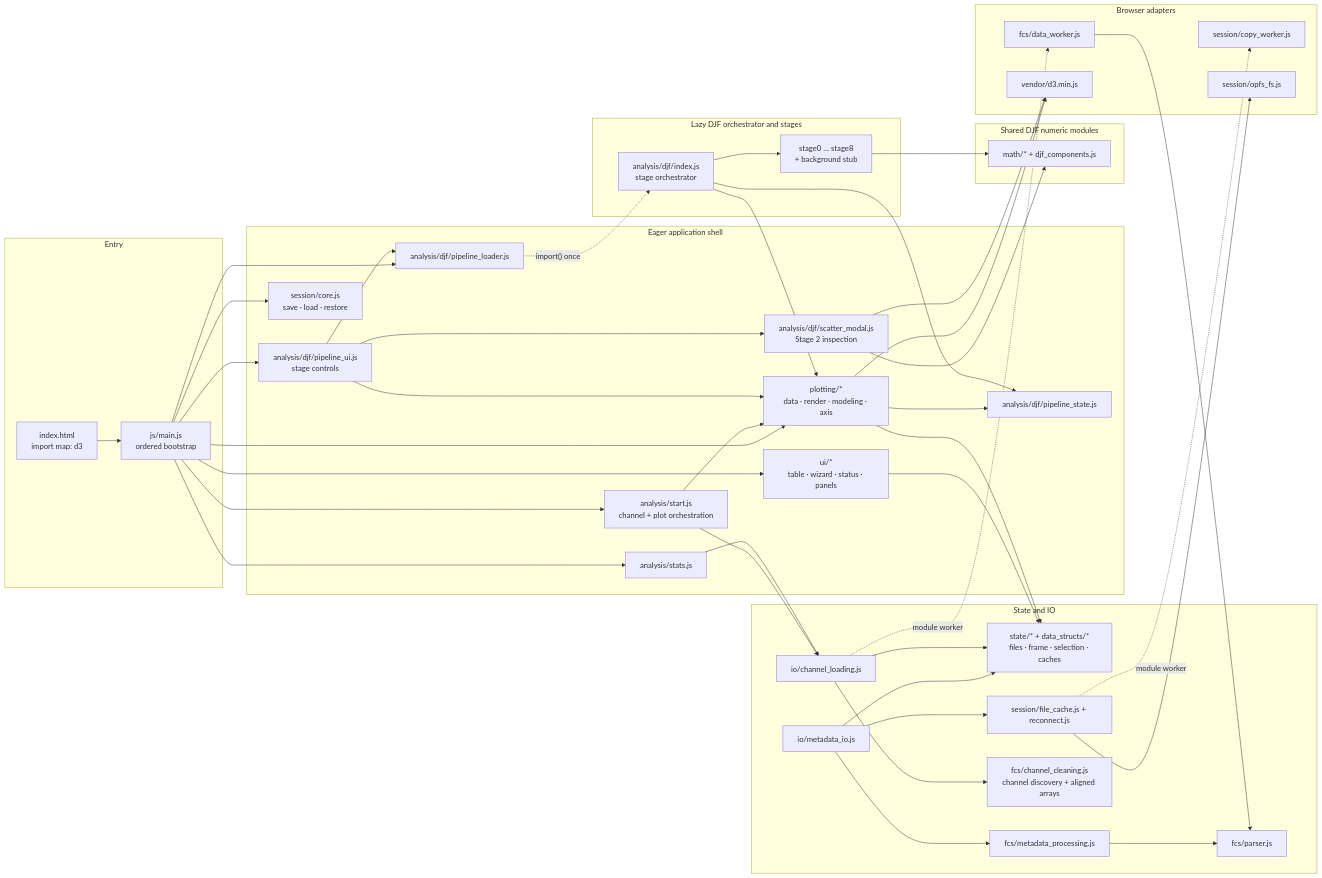
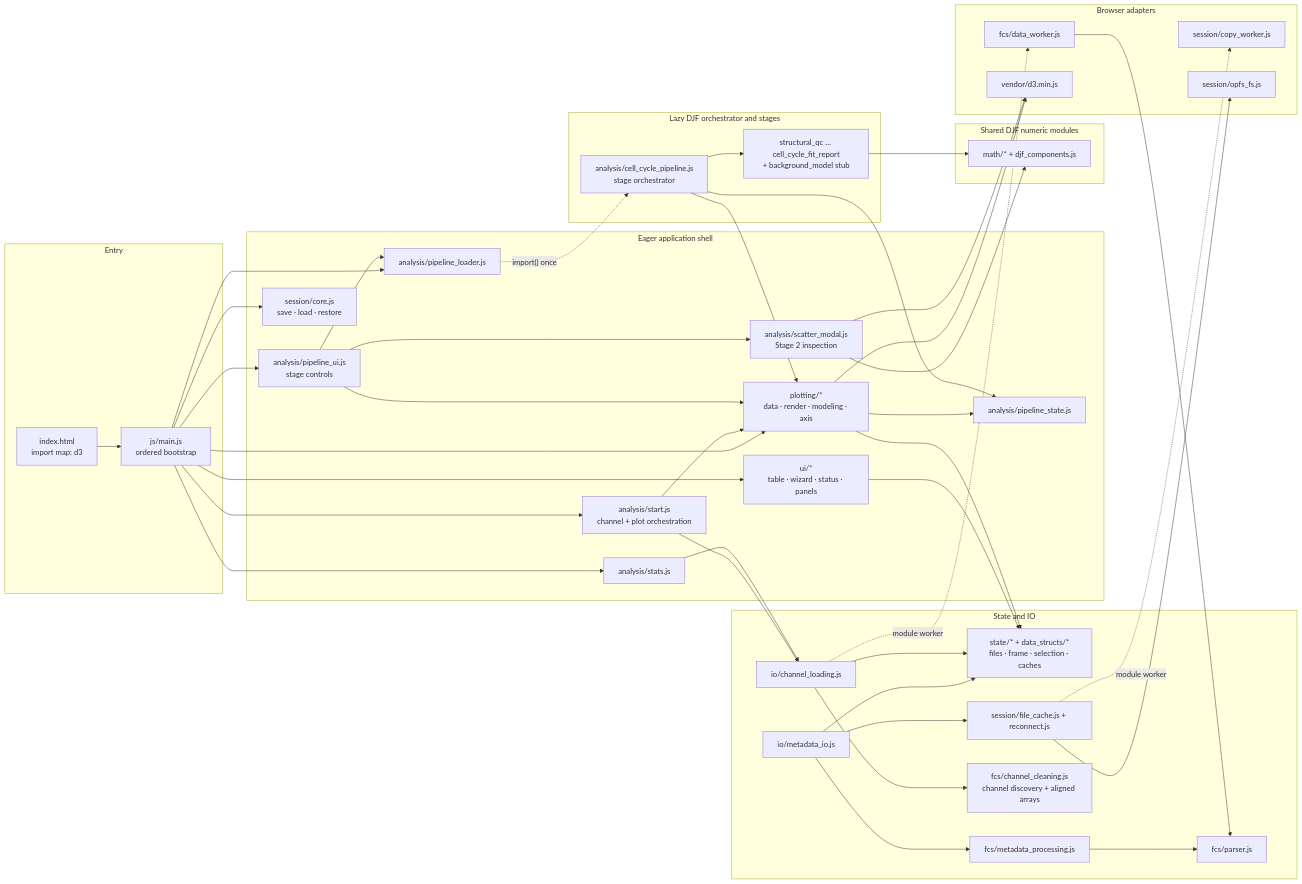
The first of 9 diagrams in docs/code-flow-diagrams.md (Latent-Lens/PhaseFinder), drawn with Mermaid before and after one commit. The commit also changed other lines of this file and 51 other files, not shown here.

Commit message:
refactor: modularize the cell-cycle analysis pipeline

````diff
--- a/docs/code-flow-diagrams.md
+++ b/docs/code-flow-diagrams.md
@@ -30,79 +31,79 @@
 ```mermaid
 flowchart LR
   subgraph entry["Entry"]
     HTML["index.html<br/>import map: d3"] --> MAIN["js/main.js<br/>ordered bootstrap"]
   end
 
   subgraph shell["Eager application shell"]
     UI["ui/*<br/>table · wizard · status · panels"]
     START["analysis/start.js<br/>channel + plot orchestration"]
     STATS["analysis/stats.js"]
     PLOT["plotting/*<br/>data · render · modeling · axis"]
-    PUI["analysis/djf/pipeline_ui.js<br/>stage controls"]
-    PLOAD["analysis/djf/pipeline_loader.js"]
-    PST["analysis/djf/pipeline_state.js"]
-    SCATTER["analysis/djf/scatter_modal.js<br/>Stage 2 inspection"]
+    PUI["analysis/pipeline_ui.js<br/>stage controls"]
+    PLOAD["analysis/pipeline_loader.js"]
+    PST["analysis/pipeline_state.js"]
+    SCATTER["analysis/scatter_modal.js<br/>Stage 2 inspection"]
     SESSION["session/core.js<br/>save · load · restore"]
   end
 
   subgraph stateio["State and IO"]
     APPSTATE["state/* + data_structs/*<br/>files · frame · selection · caches"]
     METAIO["io/metadata_io.js"]
     CHANNELIO["io/channel_loading.js"]
     FCSMETA["fcs/metadata_processing.js"]
     CLEAN["fcs/channel_cleaning.js<br/>channel discovery + aligned arrays"]
     PARSER["fcs/parser.js"]
     FILECACHE["session/file_cache.js + reconnect.js"]
   end
 
   subgraph lazy["Lazy DJF orchestrator and stages"]
-    PIPE["analysis/djf/index.js<br/>stage orchestrator"]
-    STAGES["stage0 … stage8<br/>+ background stub"]
+    PIPE["analysis/cell_cycle_pipeline.js<br/>stage orchestrator"]
+    STAGES["structural_qc … cell_cycle_fit_report<br/>+ background_model stub"]
   end
 
   subgraph sharedmath["Shared DJF numeric modules"]
     MATH["math/* + djf_components.js"]
   end
 
   subgraph adapters["Browser adapters"]
     FWORKER["fcs/data_worker.js"]
     CWORKER["session/copy_worker.js"]
     OPFS["session/opfs_fs.js"]
     D3["vendor/d3.min.js"]
   end
 
   MAIN --> UI
   MAIN --> START
   MAIN --> STATS
   MAIN --> PLOT
   MAIN --> PUI
   MAIN --> PLOAD
   MAIN --> SESSION
   UI --> APPSTATE
   START --> CHANNELIO
   START --> PLOT
   STATS --> CHANNELIO
   PLOT --> APPSTATE
   PLOT --> PST
   PLOT --> D3
   PUI --> PLOAD
   PUI --> PLOT
   PUI --> SCATTER
   SCATTER --> D3
   SCATTER --> MATH
   PLOAD -. "import() once" .-> PIPE
   PIPE --> STAGES
   PIPE --> PST
   PIPE --> PLOT
   STAGES --> MATH
   METAIO --> FCSMETA
   METAIO --> APPSTATE
   METAIO --> FILECACHE
   FCSMETA --> PARSER
   CHANNELIO --> CLEAN
   CHANNELIO --> APPSTATE
   CHANNELIO -. "module worker" .-> FWORKER
   FWORKER --> PARSER
   FILECACHE --> OPFS
   FILECACHE -. "module worker" .-> CWORKER
 ```
````
